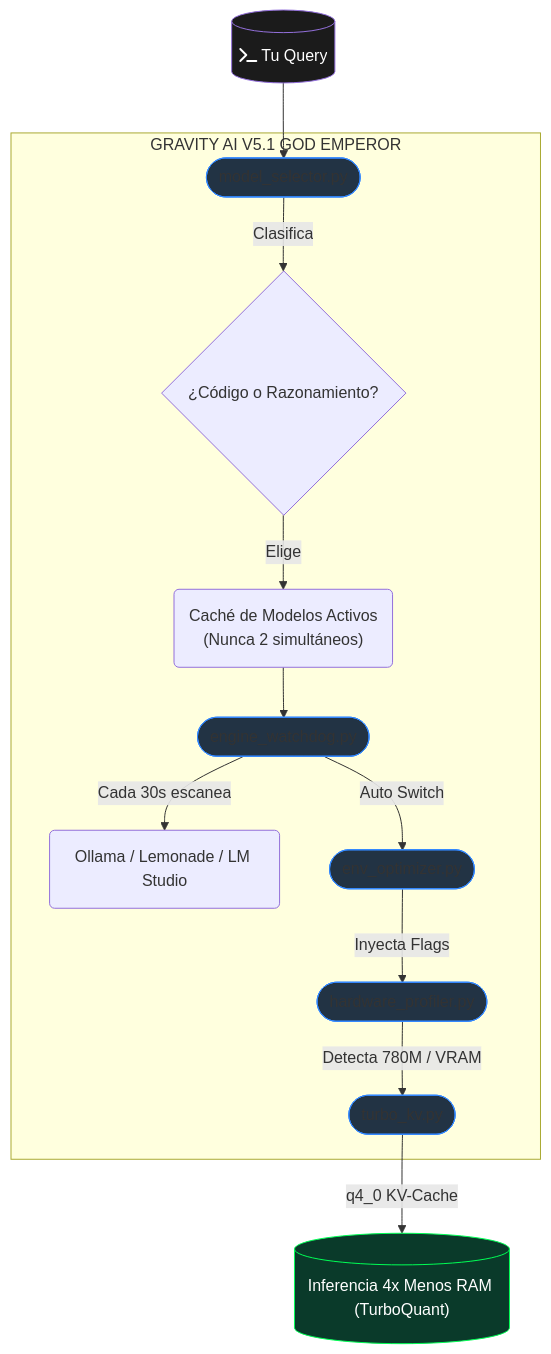
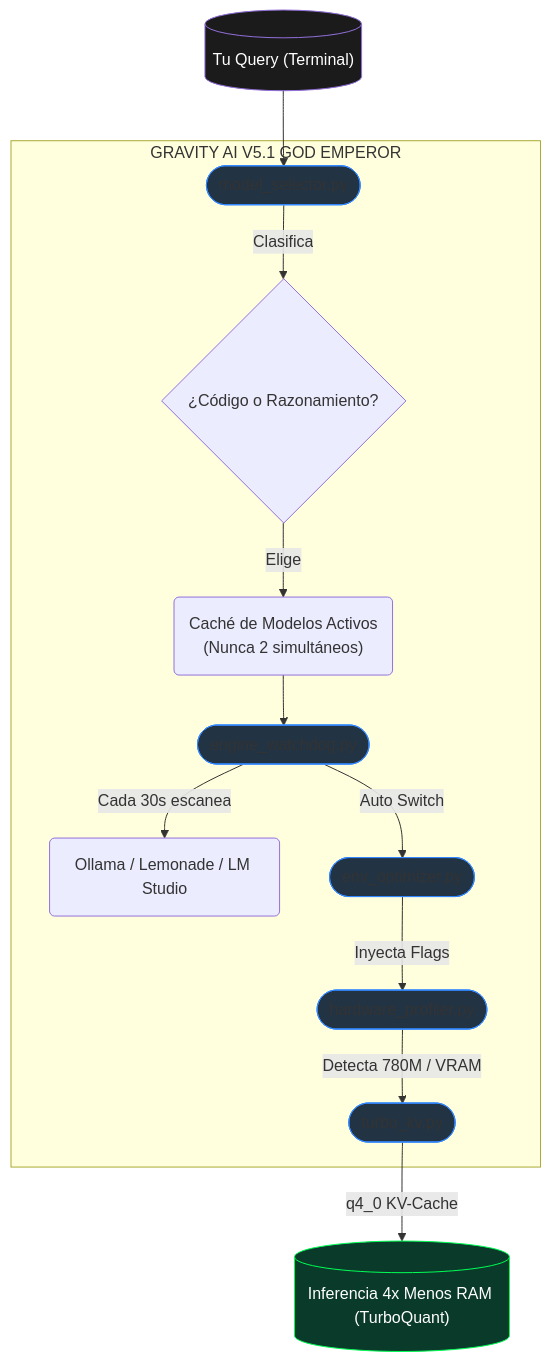
One commit to DarckRovert/Gravity_AI_bridge changed the diagram in README.md. Above: the diagram before and after it, drawn with Mermaid. The commit also changed other lines of this file, not shown here.

Commit message:
docs: fix broken badges, remove incompatible mermaid icons, add hero banner and footer badges

````diff
--- a/README.md
+++ b/README.md
@@ -32,27 +33,27 @@
 ```mermaid
 graph TD;
-    U[("fa:fa-terminal Tu Query")] --> M(["model_selector.py"]);
+    U[("Tu Query (Terminal)")] --> M(["model_selector.py"]);
     
     subgraph "GRAVITY AI V5.1 GOD EMPEROR"
         M -->|Clasifica| C{"¿Código o Razonamiento?"}
         C -->|Elige| Cache("Caché de Modelos Activos\n(Nunca 2 simultáneos)")
         
         Cache --> W(["engine_watchdog.py"])
         
         W -->|"Cada 30s escanea"| D("Ollama / Lemonade / LM Studio")
         W -->|"Auto Switch"| E(["env_optimizer.py"])
         
         E -->|"Inyecta Flags"| HW(["hardware_profiler.py"])
         HW -->|"Detecta 780M / VRAM"| TK(["turbo_kv.py"])
     end
     
     TK -->|"q4_0 KV-Cache"| F[("Inferencia 4x Menos RAM (TurboQuant)")]
     
     style U fill:#1b1b1b,stroke:#0ffff,color:#fff
     style M fill:#223344,stroke:#3388ff
     style W fill:#223344,stroke:#3388ff
     style E fill:#223344,stroke:#3388ff
     style HW fill:#223344,stroke:#3388ff
     style TK fill:#223344,stroke:#3388ff
     style F fill:#0a3a2a,stroke:#00ff55,color:#fff
 ```
````
